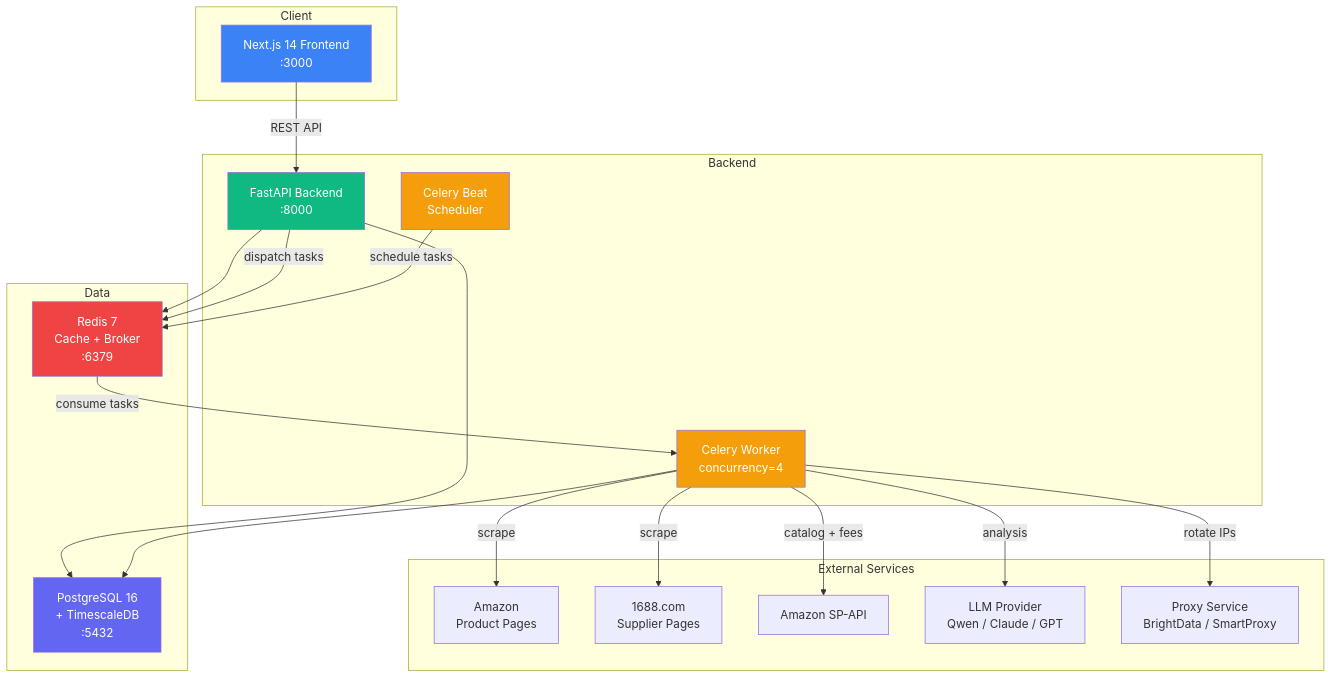
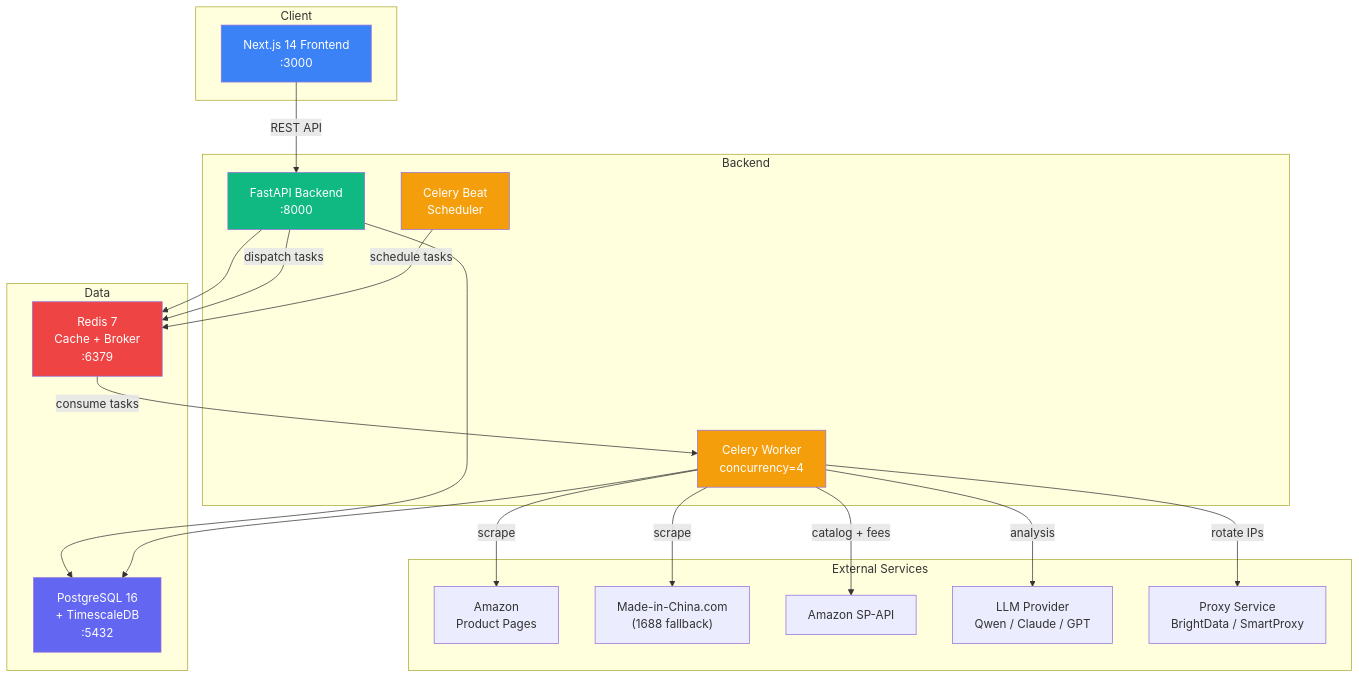
The first of 6 diagrams in README.md (Umair706/amazon-omniscient), drawn with Mermaid before and after one commit. The commit also changed other lines of this file and 8 other files, not shown here.

First line of the commit message:
feat(suppliers): scrape Made-in-China as the primary supplier source

````diff
--- a/README.md
+++ b/README.md
@@ -35,45 +35,45 @@
 ```mermaid
 graph TB
     subgraph Client
         FE["Next.js 14 Frontend<br/>:3000"]
     end
 
     subgraph Backend
         API["FastAPI Backend<br/>:8000"]
         CW["Celery Worker<br/>concurrency=4"]
         CB["Celery Beat<br/>Scheduler"]
     end
 
     subgraph Data
         PG["PostgreSQL 16<br/>+ TimescaleDB<br/>:5432"]
         RD["Redis 7<br/>Cache + Broker<br/>:6379"]
     end
 
     subgraph External Services
         AMZ["Amazon<br/>Product Pages"]
-        ALI["1688.com<br/>Supplier Pages"]
+        ALI["Made-in-China.com<br/>(1688 fallback)"]
         SPAPI["Amazon SP-API"]
         LLM["LLM Provider<br/>Qwen / Claude / GPT"]
         PX["Proxy Service<br/>BrightData / SmartProxy"]
     end
 
     FE -->|REST API| API
     API --> PG
     API --> RD
     API -->|dispatch tasks| RD
     RD -->|consume tasks| CW
     CB -->|schedule tasks| RD
     CW --> PG
     CW -->|scrape| AMZ
     CW -->|scrape| ALI
     CW -->|catalog + fees| SPAPI
     CW -->|analysis| LLM
     CW -->|rotate IPs| PX
 
     style FE fill:#3b82f6,color:#fff
     style API fill:#10b981,color:#fff
     style CW fill:#f59e0b,color:#fff
     style CB fill:#f59e0b,color:#fff
     style PG fill:#6366f1,color:#fff
     style RD fill:#ef4444,color:#fff
 ```
````
